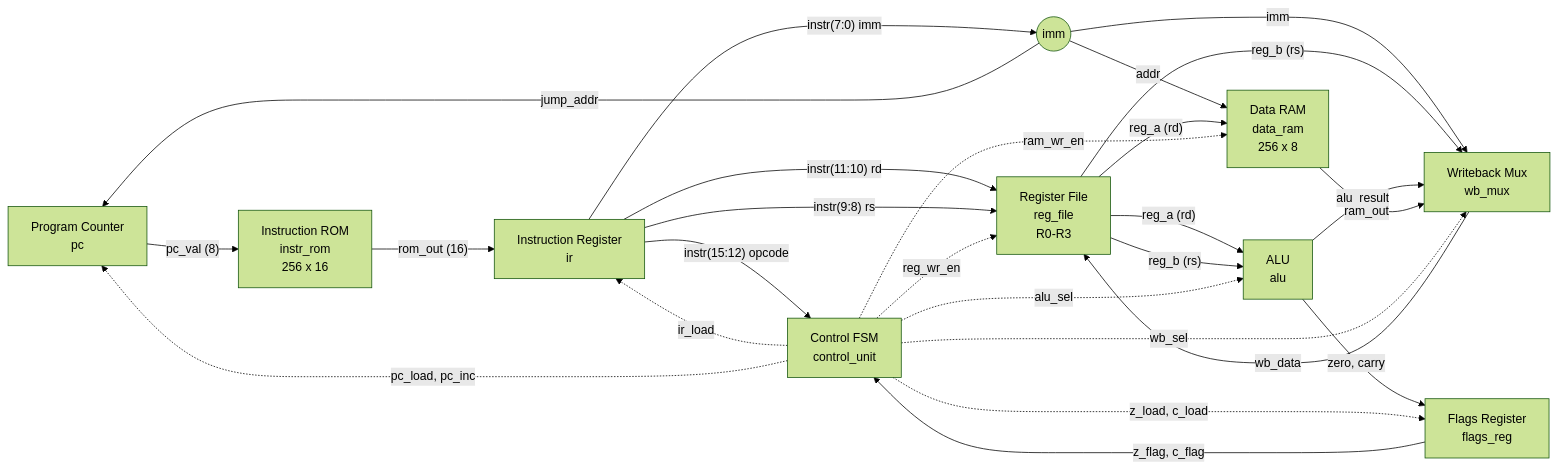
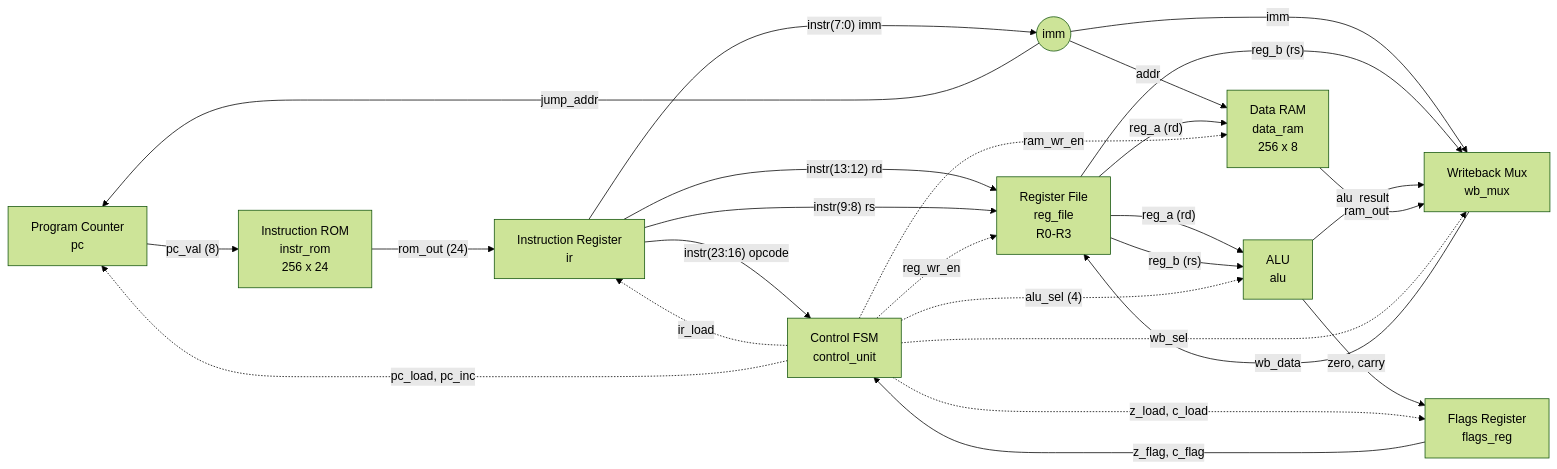
The first of 4 diagrams in README.md (Johnyzour/8-bit-cpu), drawn with Mermaid (forest theme) before and after one commit. The commit also changed other lines of this file and 11 other files, not shown here.

````diff
--- a/README.md
+++ b/README.md
@@ -98,34 +149,34 @@
 ```mermaid
 flowchart LR
-    PC["Program Counter<br/>pc"] -->|"pc_val (8)"| ROM["Instruction ROM<br/>instr_rom<br/>256 x 16"]
-    ROM -->|"rom_out (16)"| IR["Instruction Register<br/>ir"]
+    PC["Program Counter<br/>pc"] -->|"pc_val (8)"| ROM["Instruction ROM<br/>instr_rom<br/>256 x 24"]
+    ROM -->|"rom_out (24)"| IR["Instruction Register<br/>ir"]
 
-    IR -->|"instr(15:12) opcode"| CU["Control FSM<br/>control_unit"]
-    IR -->|"instr(11:10) rd"| RF["Register File<br/>reg_file<br/>R0-R3"]
+    IR -->|"instr(23:16) opcode"| CU["Control FSM<br/>control_unit"]
+    IR -->|"instr(13:12) rd"| RF["Register File<br/>reg_file<br/>R0-R3"]
     IR -->|"instr(9:8) rs"| RF
     IR -->|"instr(7:0) imm"| IMM(("imm"))
 
     IMM -->|"jump_addr"| PC
     IMM -->|"addr"| RAM["Data RAM<br/>data_ram<br/>256 x 8"]
     IMM -->|"imm"| WB["Writeback Mux<br/>wb_mux"]
 
     RF -->|"reg_a (rd)"| ALU["ALU<br/>alu"]
     RF -->|"reg_b (rs)"| ALU
     RF -->|"reg_a (rd)"| RAM
     RF -->|"reg_b (rs)"| WB
 
     ALU -->|"alu_result"| WB
     RAM -->|"ram_out"| WB
     WB -->|"wb_data"| RF
 
     ALU -->|"zero, carry"| FL["Flags Register<br/>flags_reg"]
     FL -->|"z_flag, c_flag"| CU
 
     CU -. "ir_load" .-> IR
     CU -. "pc_load, pc_inc" .-> PC
     CU -. "reg_wr_en" .-> RF
-    CU -. "alu_sel" .-> ALU
+    CU -. "alu_sel (4)" .-> ALU
     CU -. "ram_wr_en" .-> RAM
     CU -. "z_load, c_load" .-> FL
     CU -. "wb_sel" .-> WB
 ```
````
